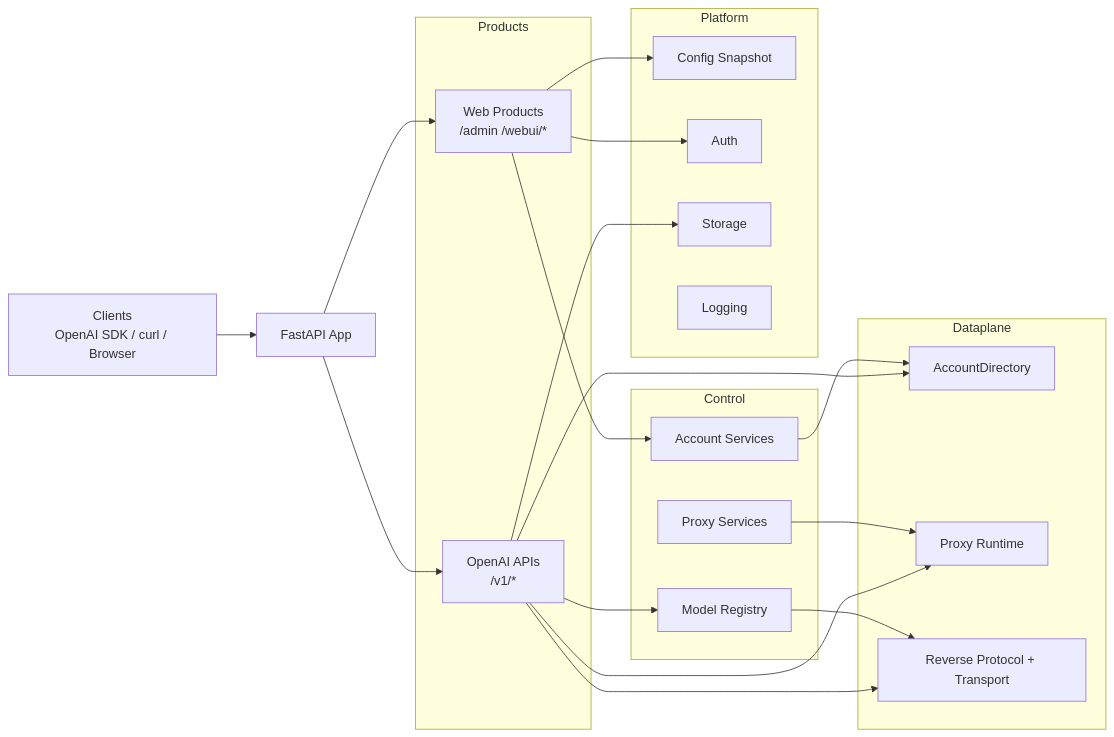
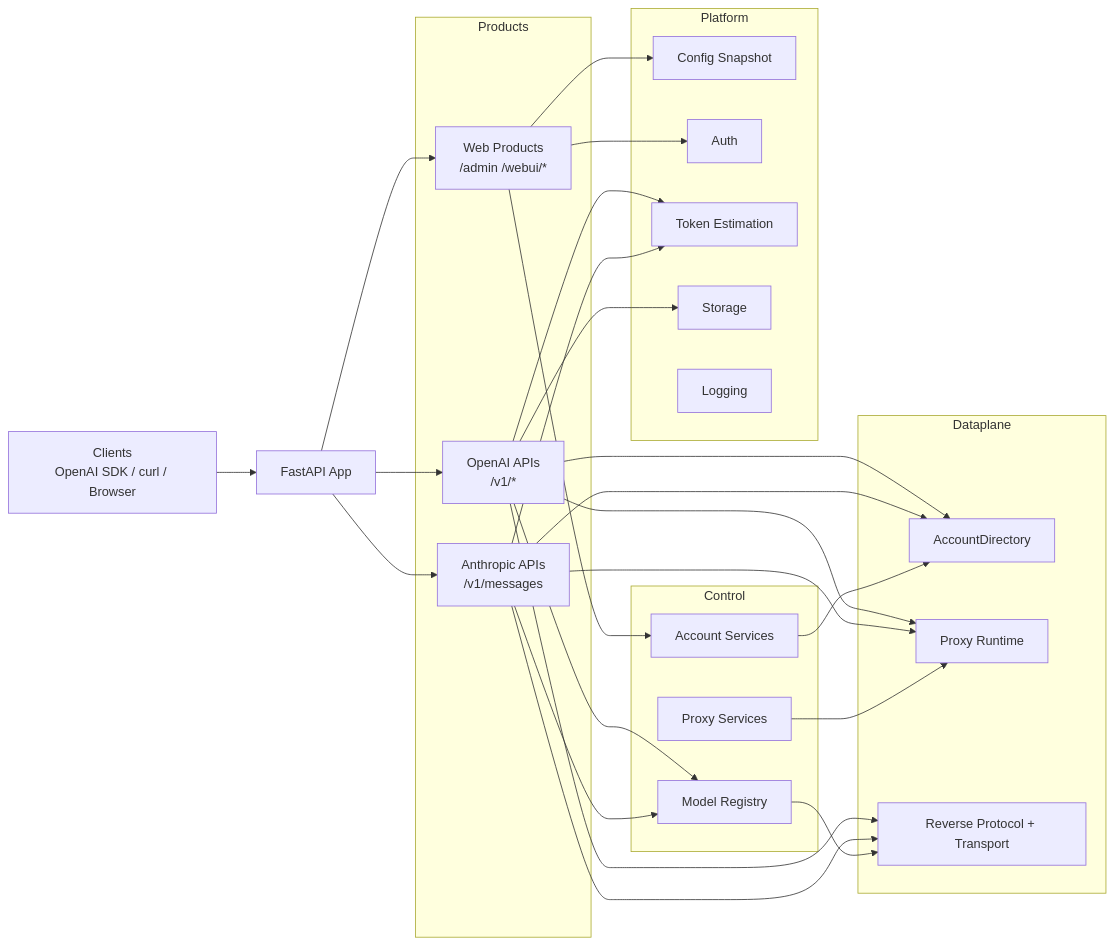
One commit to gnayhz/grok2api changed the diagram in README.md. Above: the diagram before and after it, drawn with Mermaid. The commit also changed 1 other file, not shown here.

Commit message:
docs: update API documentation to include Anthropic APIs

````diff
--- a/README.md
+++ b/README.md
@@ -28,45 +28,55 @@
 ```mermaid
 flowchart LR
     Client["Clients\nOpenAI SDK / curl / Browser"] --> API["FastAPI App"]
 
     subgraph Products["Products"]
         OpenAI["OpenAI APIs\n/v1/*"]
+        Anthropic["Anthropic APIs\n/v1/messages"]
         Web["Web Products\n/admin /webui/*"]
     end
 
     subgraph Control["Control"]
         Models["Model Registry"]
         Accounts["Account Services"]
         Proxies["Proxy Services"]
     end
 
     subgraph Dataplane["Dataplane"]
         AccountDP["AccountDirectory"]
         ProxyDP["Proxy Runtime"]
         Reverse["Reverse Protocol + Transport"]
     end
 
     subgraph Platform["Platform"]
         Config["Config Snapshot"]
         Auth["Auth"]
+        Tokens["Token Estimation"]
         Storage["Storage"]
         Log["Logging"]
     end
 
     API --> OpenAI
+    API --> Anthropic
     API --> Web
 
     OpenAI --> Models
     OpenAI --> AccountDP
     OpenAI --> ProxyDP
     OpenAI --> Reverse
+    OpenAI --> Tokens
     OpenAI --> Storage
+
+    Anthropic --> Models
+    Anthropic --> AccountDP
+    Anthropic --> ProxyDP
+    Anthropic --> Reverse
+    Anthropic --> Tokens
 
     Web --> Accounts
     Web --> Config
     Web --> Auth
 
     Accounts --> AccountDP
     Proxies --> ProxyDP
     Models --> Reverse
 ```
````
